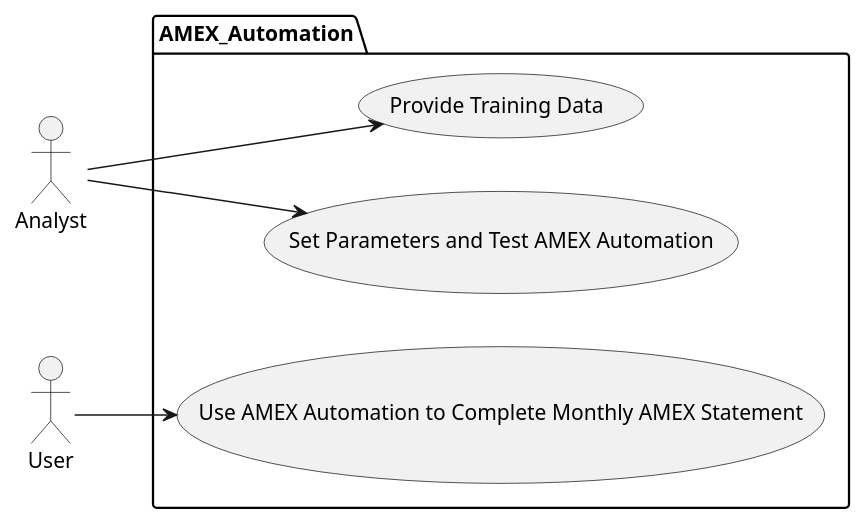
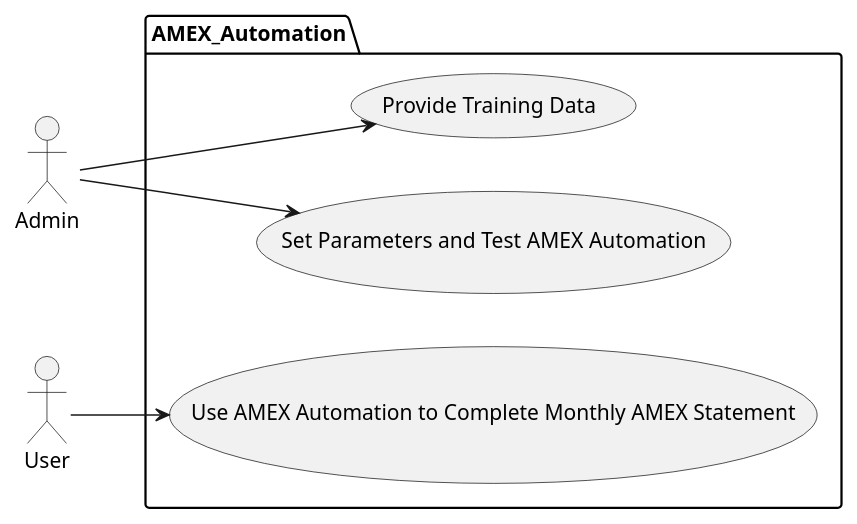
One commit to bnguy80/Amex_Automation changed the diagram in 4+1 Views Diagrams/context_view_use_case_diagram.puml. Above: the diagram before and after it, drawn with PlantUML. The commit also changed 3 other files, not shown here.

```diff
--- a/4+1 Views Diagrams/context_view_use_case_diagram.puml
+++ b/4+1 Views Diagrams/context_view_use_case_diagram.puml
@@ -1,36 +1,36 @@
 @startuml
 'https://plantuml.com/use-case-diagram
 
 ':Main Admin: as Admin
 '(Use the application) as (Use)
 '
 'User -> (Start)
 'User --> (Use)
 '
 'Admin ---> (Use)
 '
 'note right of Admin : This is an example.
 '
 'note right of (Use)
 'A note can also
 'be on several lines
 'end note
 '
 'note "This note is connected\nto several objects." as N2
 '(Start) .. N2
 'N2 .. (Use)
 
 left to right direction
-actor Analyst as a
+actor Admin as a
 actor User as u
 
 package AMEX_Automation {
     usecase "Provide Training Data" as ptd
     usecase "Set Parameters and Test AMEX Automation" as test
     usecase "Use AMEX Automation to Complete Monthly AMEX Statement" as use
 }
 a --> ptd
 a --> test
 u --> use
 
 @enduml
```
